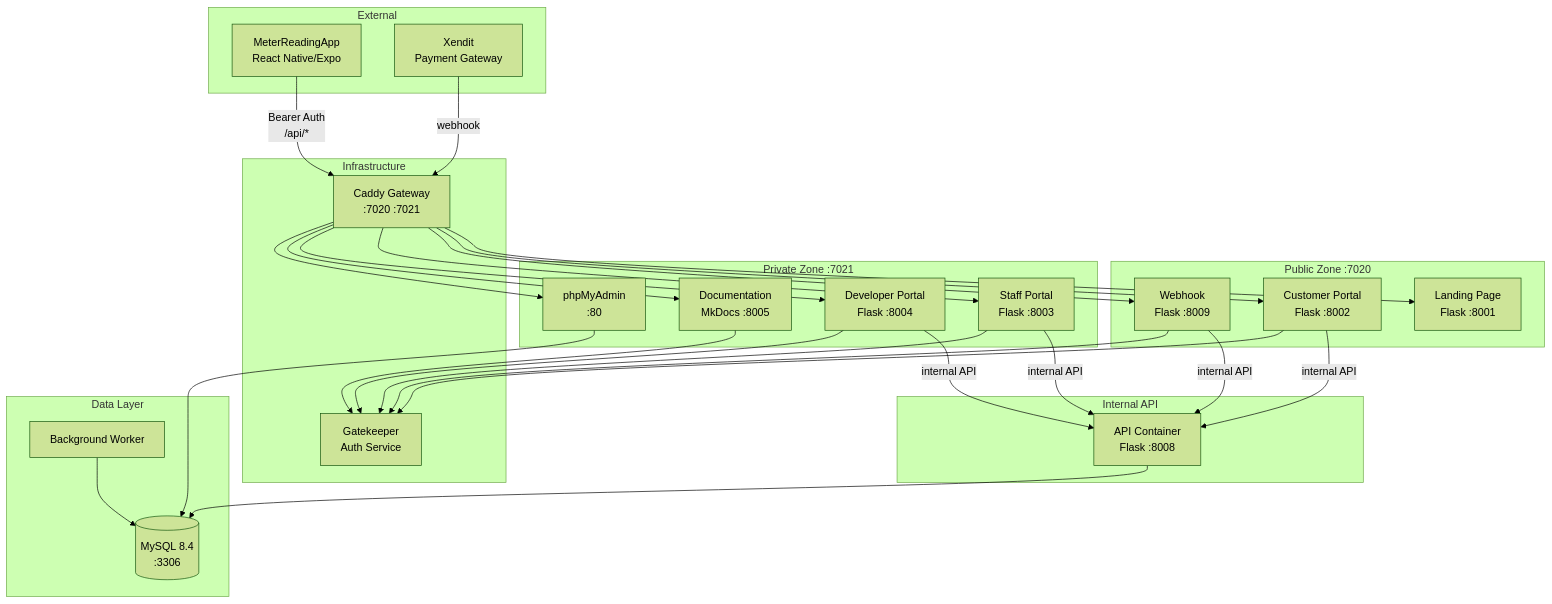
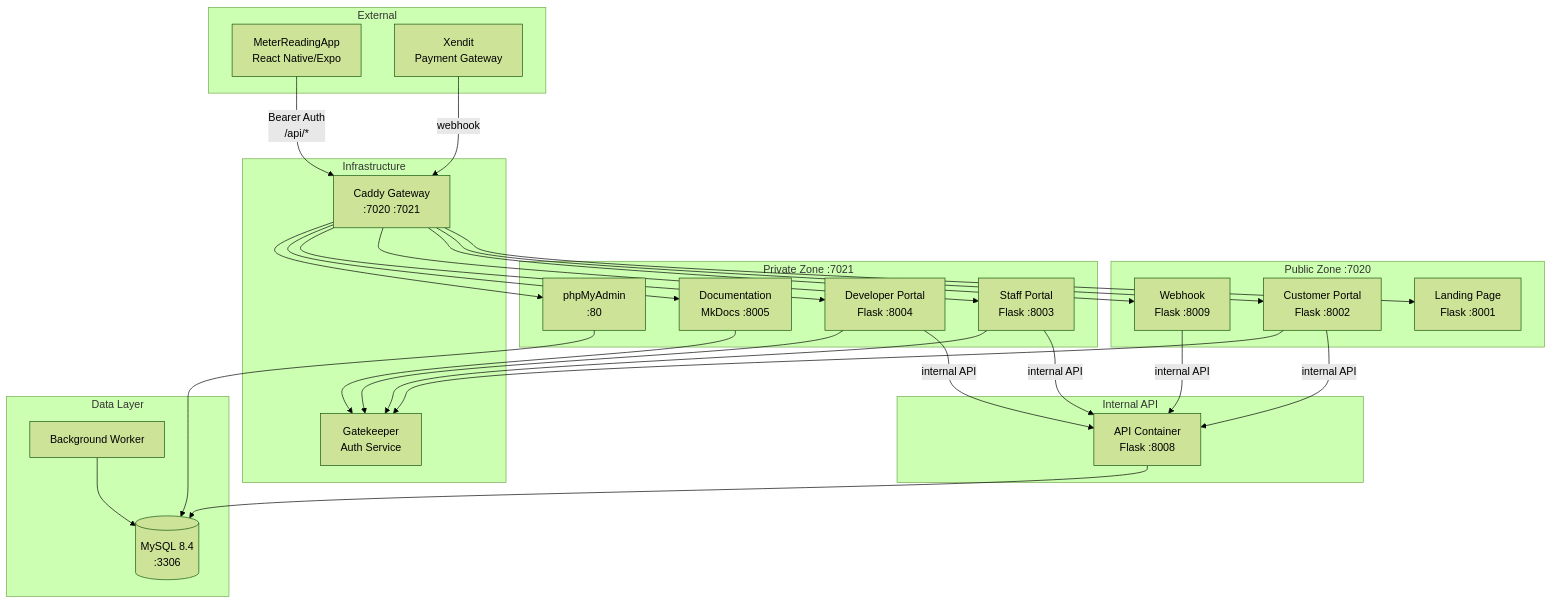
The first of 6 diagrams in documentation/docs/architecture.md (NovaProtocol/WaterBillingSystem), drawn with Mermaid (forest theme) before and after one commit. The commit also changed other lines of this file and 14 other files, not shown here.

````diff
--- a/documentation/docs/architecture.md
+++ b/documentation/docs/architecture.md
@@ -5,60 +5,59 @@
 ```mermaid
 graph TB
     subgraph "Public Zone :7020"
         LAND["Landing Page<br/>Flask :8001"]
         CP["Customer Portal<br/>Flask :8002"]
         WH["Webhook<br/>Flask :8009"]
     end
 
     subgraph "Private Zone :7021"
         SP["Staff Portal<br/>Flask :8003"]
         DP["Developer Portal<br/>Flask :8004"]
         DOC["Documentation<br/>MkDocs :8005"]
         PMA["phpMyAdmin<br/>:80"]
     end
 
     subgraph "Internal API"
         API["API Container<br/>Flask :8008"]
     end
 
     subgraph "Data Layer"
         DB[("MySQL 8.4<br/>:3306")]
         WORKER["Background Worker"]
     end
 
     subgraph "Infrastructure"
         CAD["Caddy Gateway<br/>:7020 :7021"]
         GK["Gatekeeper<br/>Auth Service"]
     end
 
     CAD --> LAND
     CAD --> CP
     CAD --> WH
     CAD --> SP
     CAD --> DP
     CAD --> DOC
     CAD --> PMA
 
     CP -->|"internal API"| API
     SP -->|"internal API"| API
     DP -->|"internal API"| API
     WH -->|"internal API"| API
 
     API --> DB
     WORKER --> DB
     PMA --> DB
 
     SP --> GK
     DP --> GK
     DOC --> GK
     CP --> GK
-    WH --> GK
 
     subgraph "External"
         MOB["MeterReadingApp<br/>React Native/Expo"]
         XENDIT["Xendit<br/>Payment Gateway"]
     end
 
     MOB -->|"Bearer Auth<br/>/api/*"| CAD
     XENDIT -->|"webhook"| CAD
 ```
````
